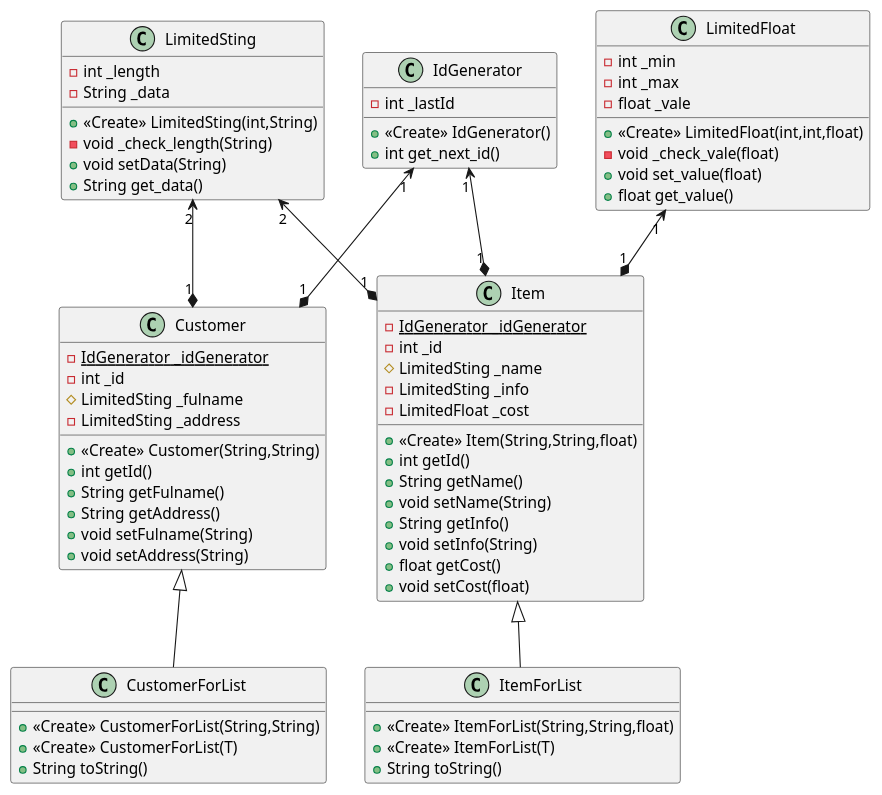
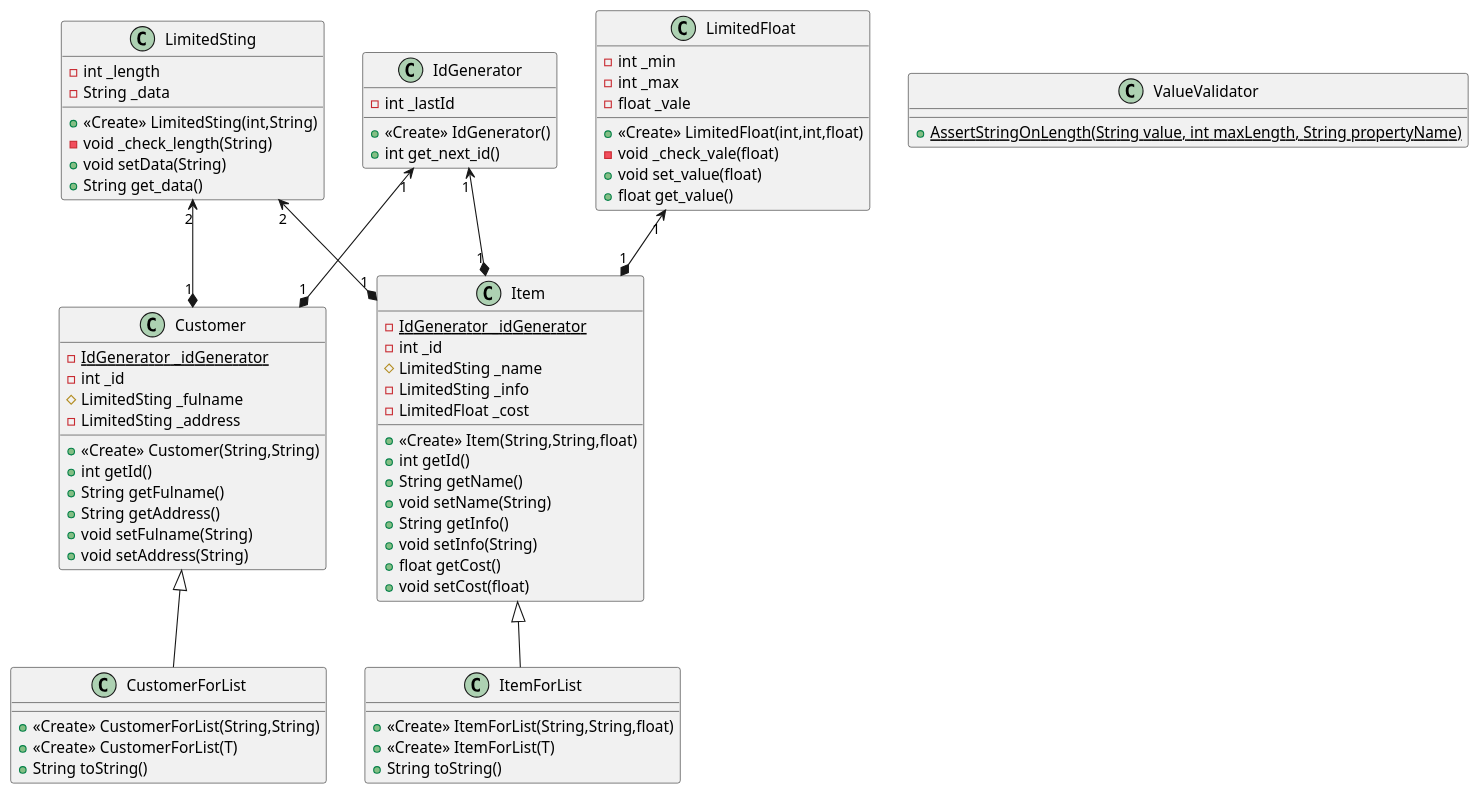
Before and after one commit to zkdas70/tusr_oop: the diagram in documentation/task1_UML.puml, drawn with PlantUML. The commit also changed 11 other files, not shown here.

```diff
--- a/documentation/task1_UML.puml
+++ b/documentation/task1_UML.puml
@@ -1,83 +1,86 @@
 @startuml
 
 class CustomerForList {
 + <<Create>> CustomerForList(String,String)
 + <<Create>> CustomerForList(T)
 + String toString()
 }
 
 class IdGenerator {
 - int _lastId
 + <<Create>> IdGenerator()
 + int get_next_id()
 }
 
 
 class ItemForList {
 + <<Create>> ItemForList(String,String,float)
 + <<Create>> ItemForList(T)
 + String toString()
 }
 
 
 class LimitedFloat {
 - int _min
 - int _max
 - float _vale
 + <<Create>> LimitedFloat(int,int,float)
 - void _check_vale(float)
 + void set_value(float)
 + float get_value()
 }
 
 
 class LimitedSting {
 - int _length
 - String _data
 + <<Create>> LimitedSting(int,String)
 - void _check_length(String)
 + void setData(String)
 + String get_data()
 }
 
 class Item {
 - {static} IdGenerator _idGenerator
 - int _id
 # LimitedSting _name
 - LimitedSting _info
 - LimitedFloat _cost
 + <<Create>> Item(String,String,float)
 + int getId()
 + String getName()
 + void setName(String)
 + String getInfo()
 + void setInfo(String)
 + float getCost()
 + void setCost(float)
 }
 
 
 class Customer {
 - {static} IdGenerator _idGenerator
 - int _id
 # LimitedSting _fulname
 - LimitedSting _address
 + <<Create>> Customer(String,String)
 + int getId()
 + String getFulname()
 + String getAddress()
 + void setFulname(String)
 + void setAddress(String)
 }
 
+class  ValueValidator{
++ {static} AssertStringOnLength(String value, int maxLength, String propertyName)
+}
 
 Customer <|-- CustomerForList
 Item <|-- ItemForList
 
 IdGenerator "1"<--*"1" Customer
 IdGenerator "1"<--*"1" Item
 
 LimitedSting "2"<--*"1" Customer
 LimitedSting "2"<--*"1" Item
 LimitedFloat "1"<--*"1" Item
 @enduml
```
